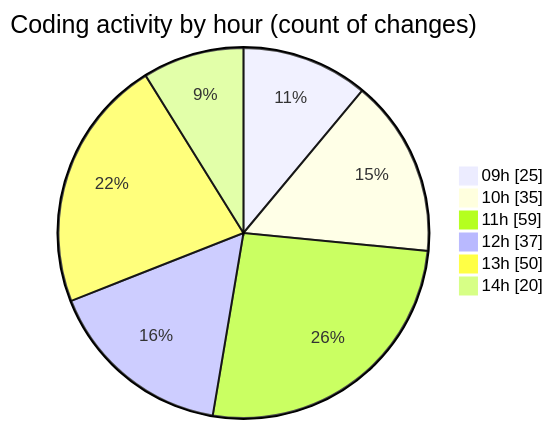
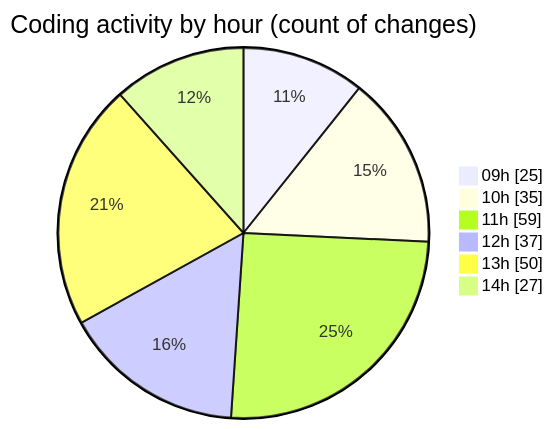
Before and after one commit to momahboobian/code-tracking: the second of 2 diagrams in 2025-08-22/cda/README.md, drawn with Mermaid. The commit also changed other lines of this file and 1 other file, not shown here.

````diff
--- a/2025-08-22/cda/README.md
+++ b/2025-08-22/cda/README.md
@@ -52,10 +52,10 @@
 ```mermaid
 pie showData
 title Coding activity by hour (count of changes)
 "09h" : 25
 "10h" : 35
 "11h" : 59
 "12h" : 37
 "13h" : 50
-"14h" : 20
+"14h" : 27
 ```
````
